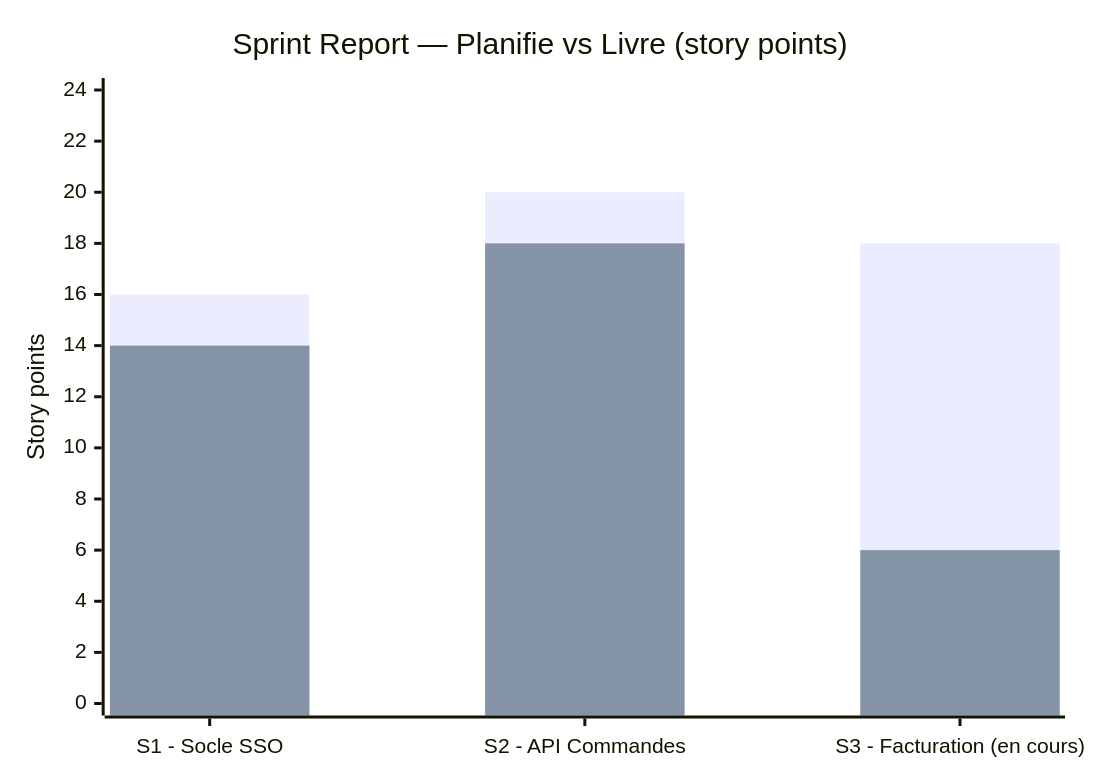
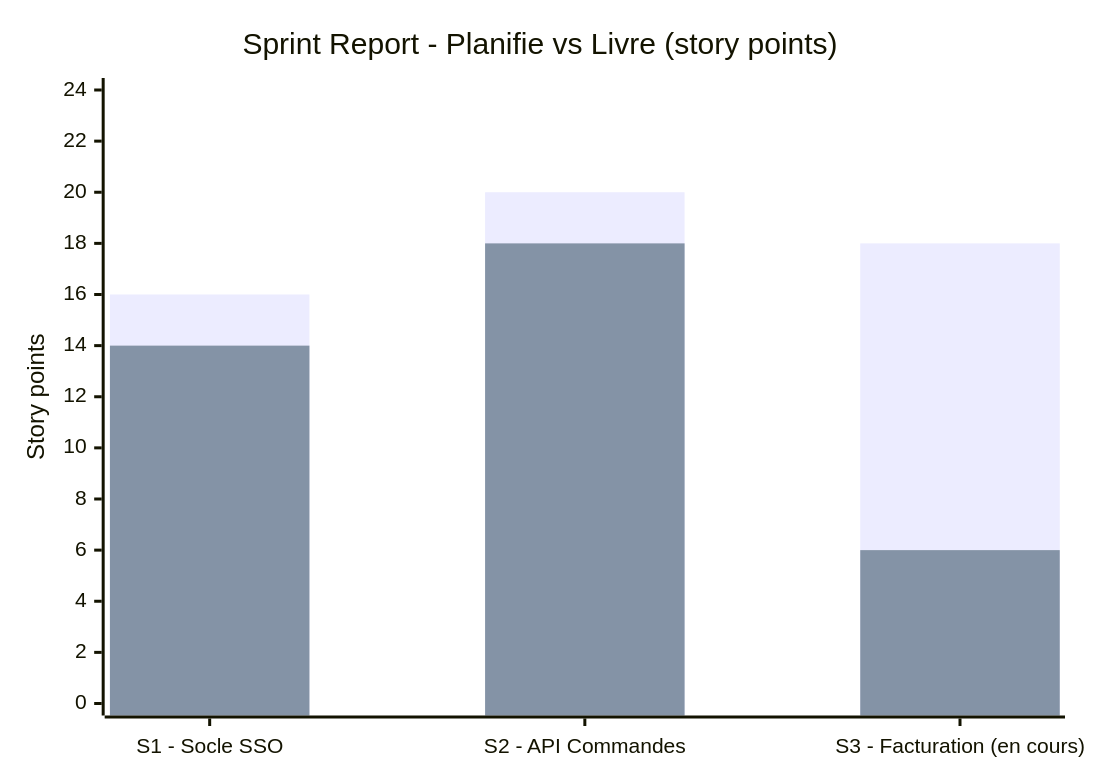
One commit to POWLAIR/management-projet-numerique changed the ninth of 12 diagrams in docs md/Dossier_Projet_B2B_FINAL.md. Above: the diagram before and after it, drawn with Mermaid. The commit also changed other lines of this file, not shown here.

````diff
--- a/docs md/Dossier_Projet_B2B_FINAL.md
+++ b/docs md/Dossier_Projet_B2B_FINAL.md
@@ -779,8 +779,8 @@
 ```mermaid
 xychart-beta
-    title "Sprint Report — Planifie vs Livre (story points)"
+    title "Sprint Report - Planifie vs Livre (story points)"
     x-axis ["S1 - Socle SSO", "S2 - API Commandes", "S3 - Facturation (en cours)"]
     y-axis "Story points" 0 --> 24
     bar [16, 20, 18]
     bar [14, 18, 6]
 ```
````
